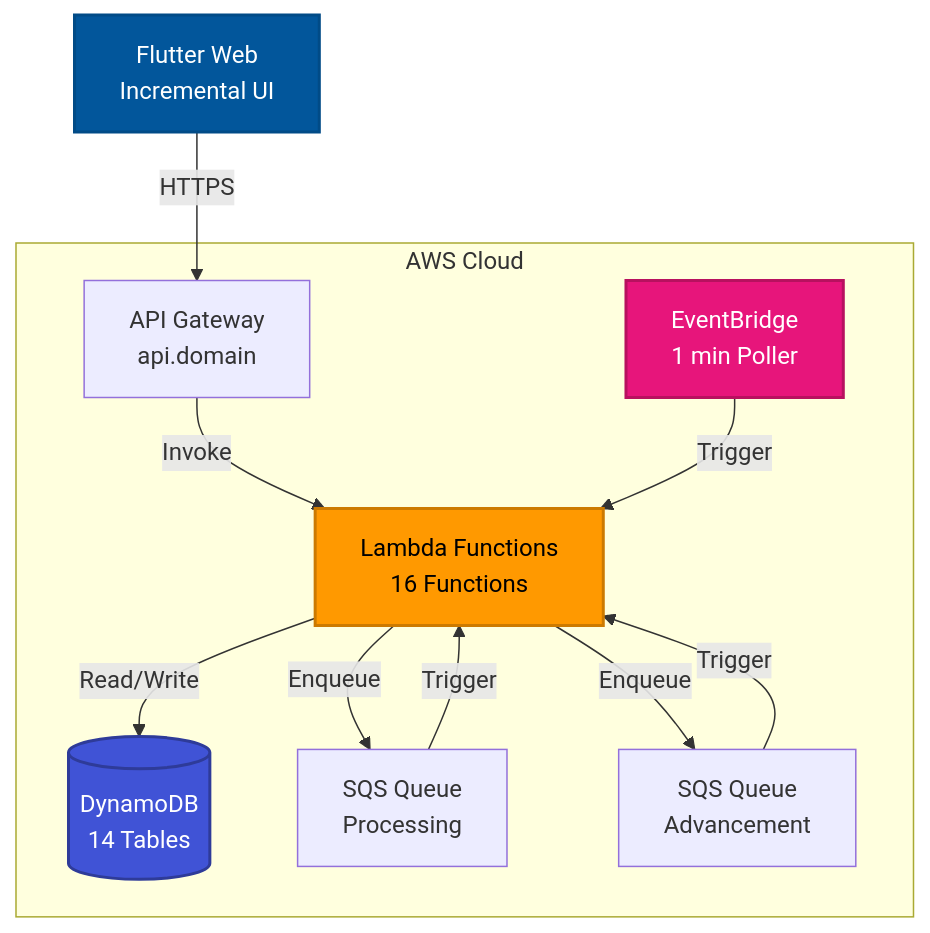
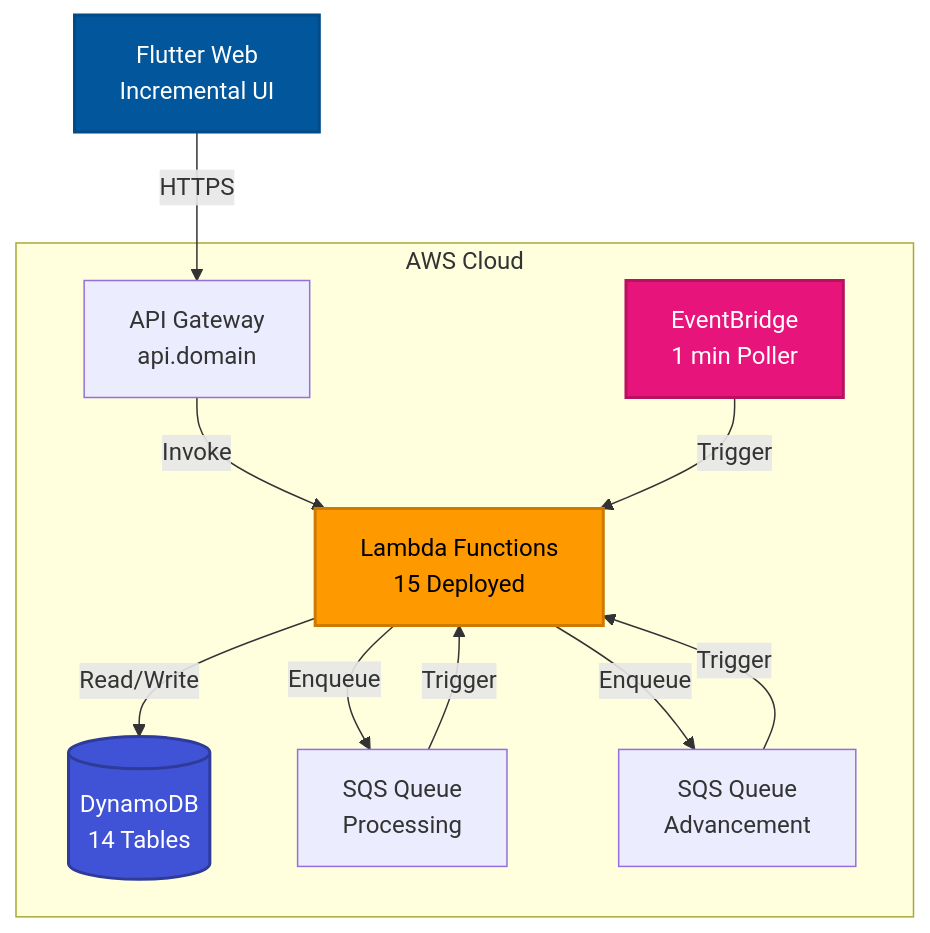
The first of 7 diagrams in documentation/architecture.md (darkrelics/eidolon-engine), drawn with Mermaid before and after one commit. The commit also changed other lines of this file and 3 other files, not shown here.

````diff
--- a/documentation/architecture.md
+++ b/documentation/architecture.md
@@ -13,27 +13,27 @@
 ```mermaid
 graph TB
     Flutter[Flutter Web<br/>Incremental UI]
 
     subgraph "AWS Cloud"
         APIGW[API Gateway<br/>api.domain]
-        Lambda[Lambda Functions<br/>16 Functions]
+        Lambda[Lambda Functions<br/>15 Deployed]
         DynamoDB[(DynamoDB<br/>14 Tables)]
         EventBridge[EventBridge<br/>1 min Poller]
         ProcessQ[SQS Queue<br/>Processing]
         AdvanceQ[SQS Queue<br/>Advancement]
     end
 
     Flutter -->|HTTPS| APIGW
     APIGW -->|Invoke| Lambda
     Lambda -->|Read/Write| DynamoDB
     Lambda -->|Enqueue| ProcessQ
     EventBridge -->|Trigger| Lambda
     Lambda -->|Enqueue| AdvanceQ
     ProcessQ -->|Trigger| Lambda
     AdvanceQ -->|Trigger| Lambda
 
     style Flutter fill:#02569B,stroke:#014B87,stroke-width:2px,color:#fff
     style Lambda fill:#FF9900,stroke:#CC7A00,stroke-width:2px,color:#000
     style DynamoDB fill:#4053D6,stroke:#2E3B99,stroke-width:2px,color:#fff
     style EventBridge fill:#E7157B,stroke:#B8115F,stroke-width:2px,color:#fff
 ```
````
